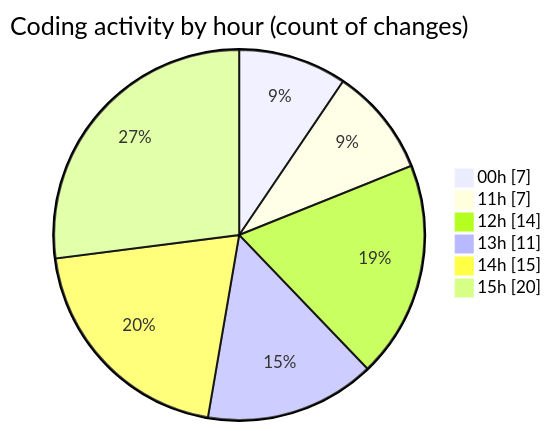
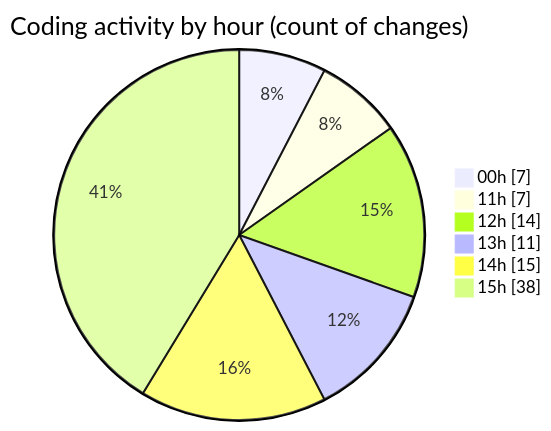
One commit to julien-gomy/code-tracking changed the second of 2 diagrams in 2025-10-08/eventscop-frontend-guide__workspace_/README.md. Above: the diagram before and after it, drawn with Mermaid. The commit also changed other lines of this file and 1 other file, not shown here.

````diff
--- a/2025-10-08/eventscop-frontend-guide__workspace_/README.md
+++ b/2025-10-08/eventscop-frontend-guide__workspace_/README.md
@@ -45,10 +45,10 @@
 ```mermaid
 pie showData
 title Coding activity by hour (count of changes)
 "00h" : 7
 "11h" : 7
 "12h" : 14
 "13h" : 11
 "14h" : 15
-"15h" : 20
+"15h" : 38
 ```
````
